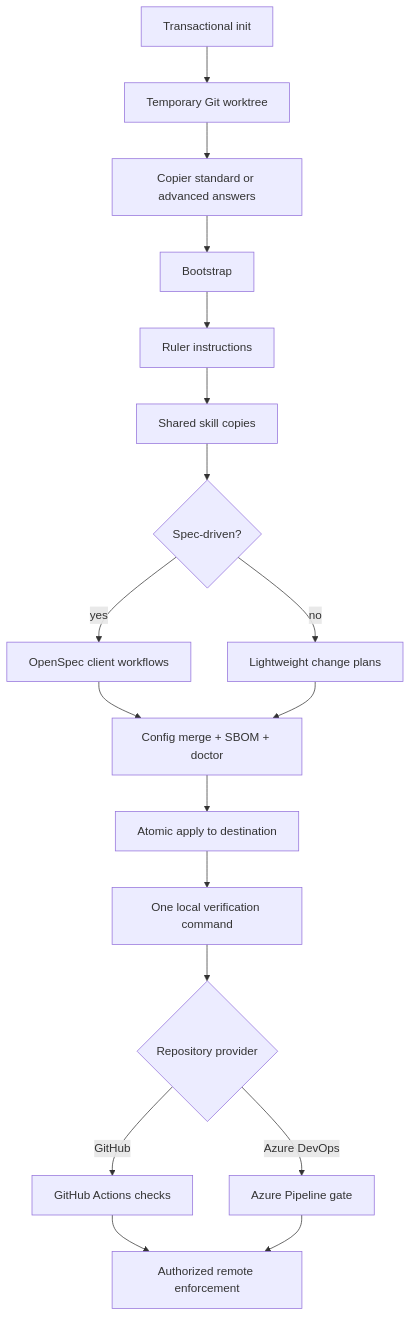
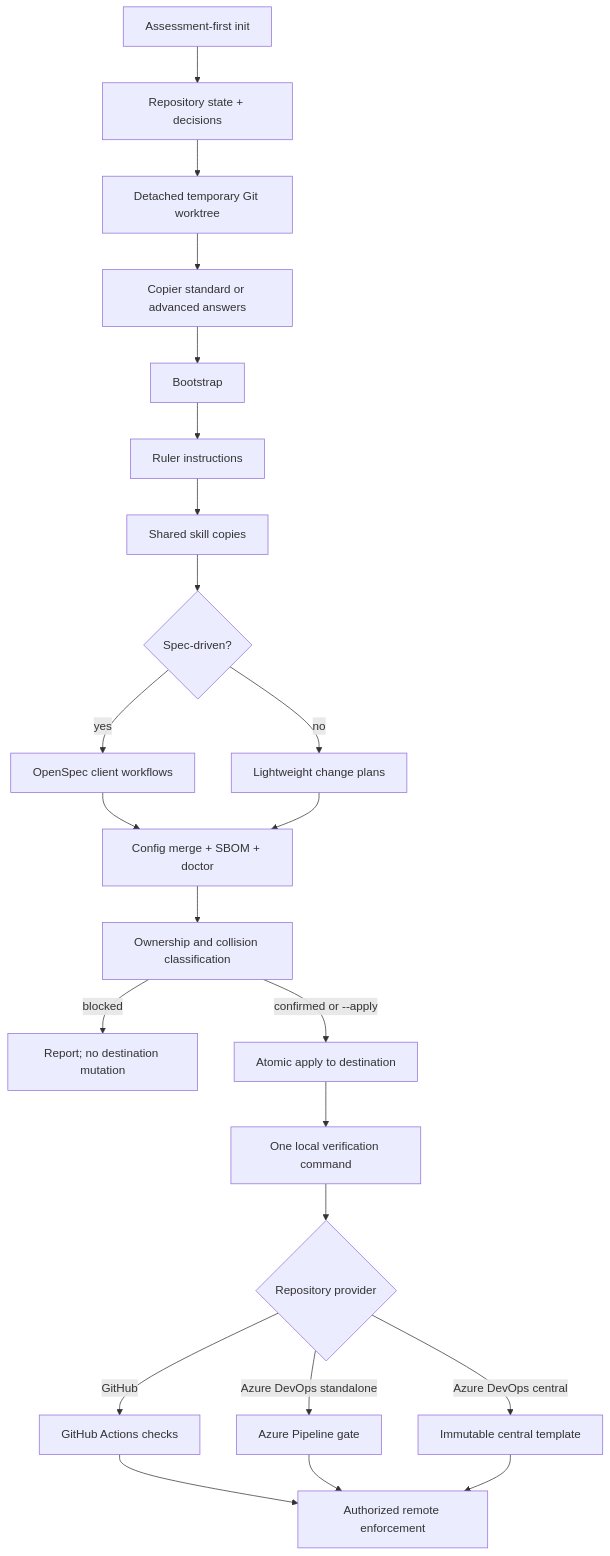
Before and after one commit to landphieran/agent-standard: the diagram in docs/architecture.md, drawn with Mermaid. The commit also changed other lines of this file and 41 other files, not shown here.

````diff
--- a/docs/architecture.md
+++ b/docs/architecture.md
@@ -5,20 +5,25 @@
 ```mermaid
 flowchart TD
-  I[Transactional init] --> W[Temporary Git worktree]
+  I[Assessment-first init] --> D[Repository state + decisions]
+  D --> W[Detached temporary Git worktree]
   W --> C[Copier standard or advanced answers]
   C --> B[Bootstrap]
   B --> R[Ruler instructions]
   R --> K[Shared skill copies]
   K --> O{Spec-driven?}
   O -->|yes| P[OpenSpec client workflows]
   O -->|no| L[Lightweight change plans]
   P --> M[Config merge + SBOM + doctor]
   L --> M
-  M --> A[Atomic apply to destination]
+  M --> Q[Ownership and collision classification]
+  Q -->|blocked| N[Report; no destination mutation]
+  Q -->|confirmed or --apply| A[Atomic apply to destination]
   A --> V[One local verification command]
   V --> H{Repository provider}
   H -->|GitHub| G[GitHub Actions checks]
-  H -->|Azure DevOps| Z[Azure Pipeline gate]
+  H -->|Azure DevOps standalone| Z[Azure Pipeline gate]
+  H -->|Azure DevOps central| Y[Immutable central template]
   G --> E[Authorized remote enforcement]
   Z --> E
+  Y --> E
 ```
````
